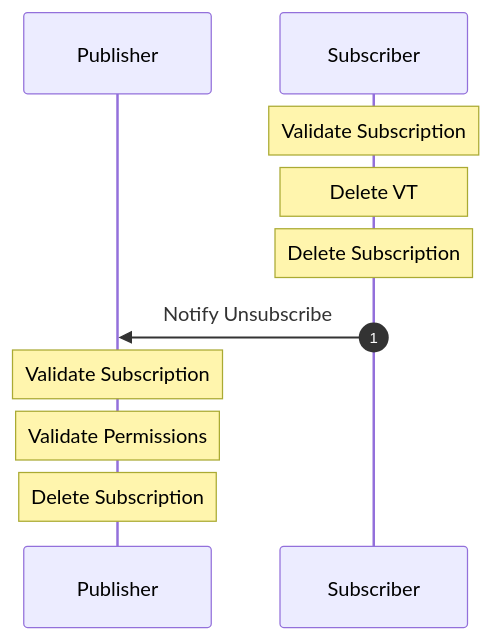
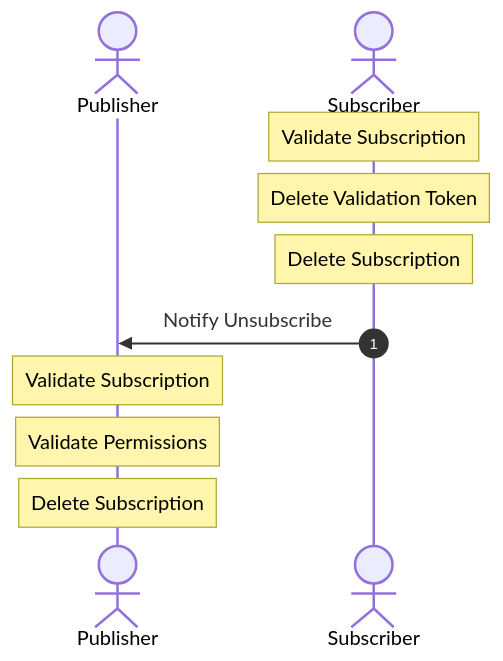
Before and after one commit to nathan-fiscaletti/coattail: the second of 3 diagrams in docs/subscription.md, drawn with Mermaid. The commit also changed other lines of this file and 13 other files, not shown here.

````diff
--- a/docs/subscription.md
+++ b/docs/subscription.md
@@ -28,17 +26,17 @@
 ```mermaid
 sequenceDiagram
     autonumber
 
-    participant Publisher
-    participant Subscriber
+    actor Publisher
+    actor Subscriber
 
     Note over Subscriber: Validate Subscription
-    Note over Subscriber: Delete VT
+    Note over Subscriber: Delete Validation Token
     Note over Subscriber: Delete Subscription
 
     Subscriber ->> Publisher: Notify Unsubscribe
 
     Note over Publisher: Validate Subscription
     Note over Publisher: Validate Permissions
     Note over Publisher: Delete Subscription
 ```
````
